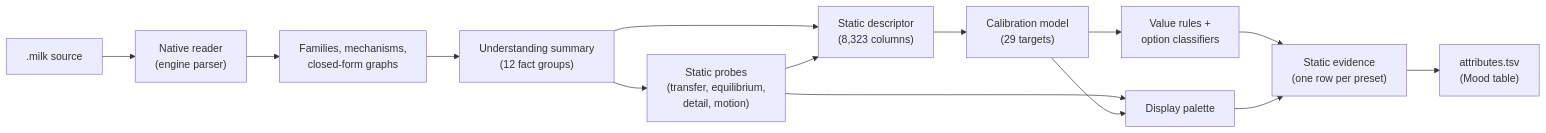
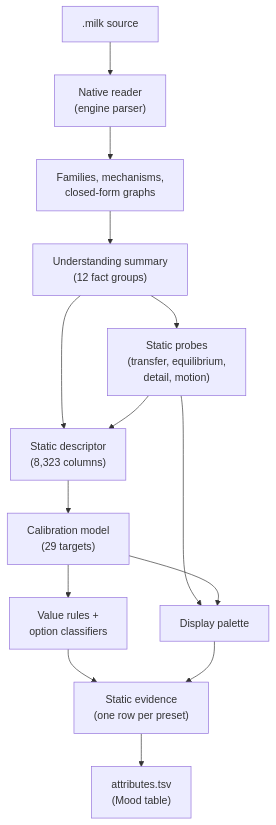
The diagram in docs/user-guide/predictor/mood-table.md (johnneerdael/ProjectM-Android), drawn with Mermaid before and after one commit.

Commit message:
docs(predictor): vertical pipeline diagram

````diff
--- a/docs/user-guide/predictor/mood-table.md
+++ b/docs/user-guide/predictor/mood-table.md
@@ -5,16 +5,16 @@
 ```mermaid
-flowchart LR
+flowchart TD
   A[".milk source"] --> B["Native reader<br/>(engine parser)"]
   B --> C["Families, mechanisms,<br/>closed-form graphs"]
   C --> D["Understanding summary<br/>(12 fact groups)"]
   D --> E["Static probes<br/>(transfer, equilibrium,<br/>detail, motion)"]
   D --> F["Static descriptor<br/>(8,323 columns)"]
   E --> F
   F --> G["Calibration model<br/>(29 targets)"]
   G --> H["Value rules +<br/>option classifiers"]
   E --> I["Display palette"]
   G --> I
   H --> J["Static evidence<br/>(one row per preset)"]
   I --> J
   J --> K["attributes.tsv<br/>(Mood table)"]
 ```
````
